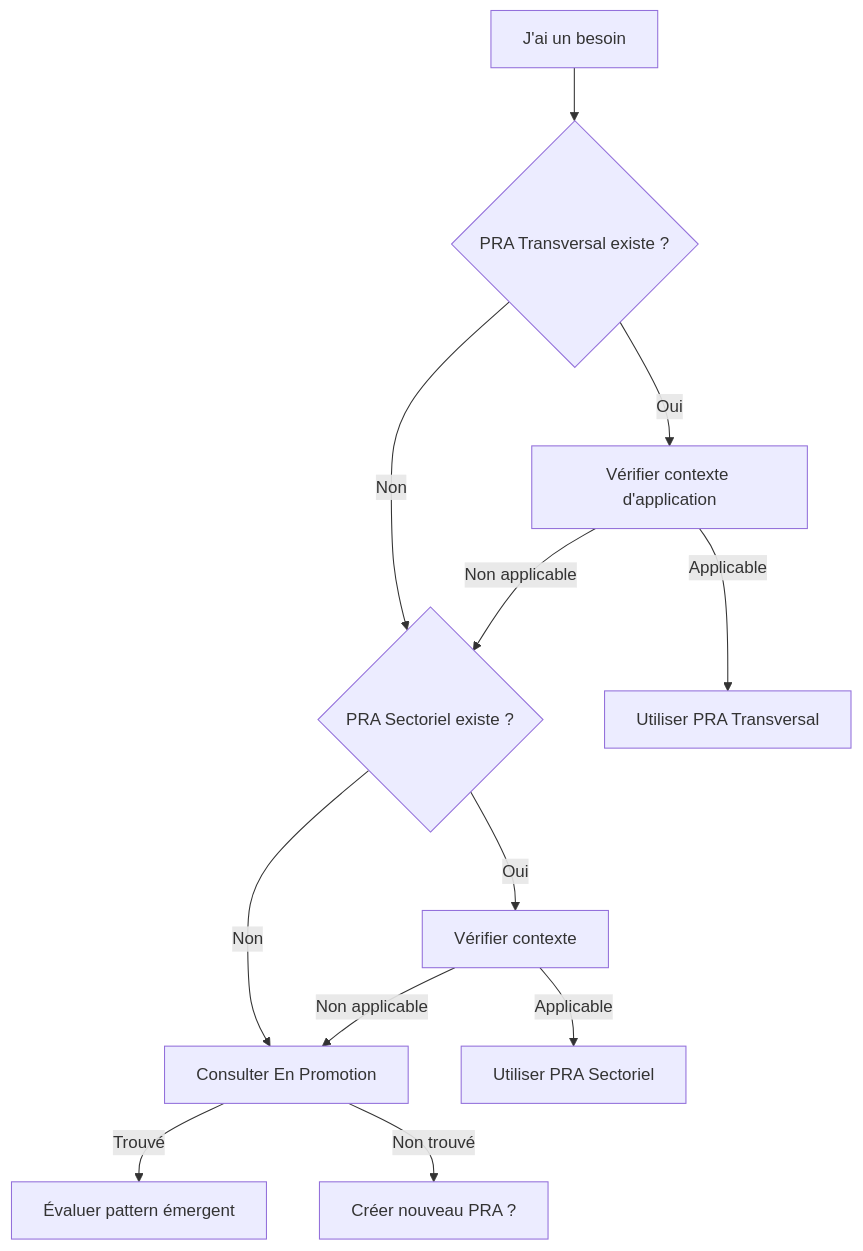
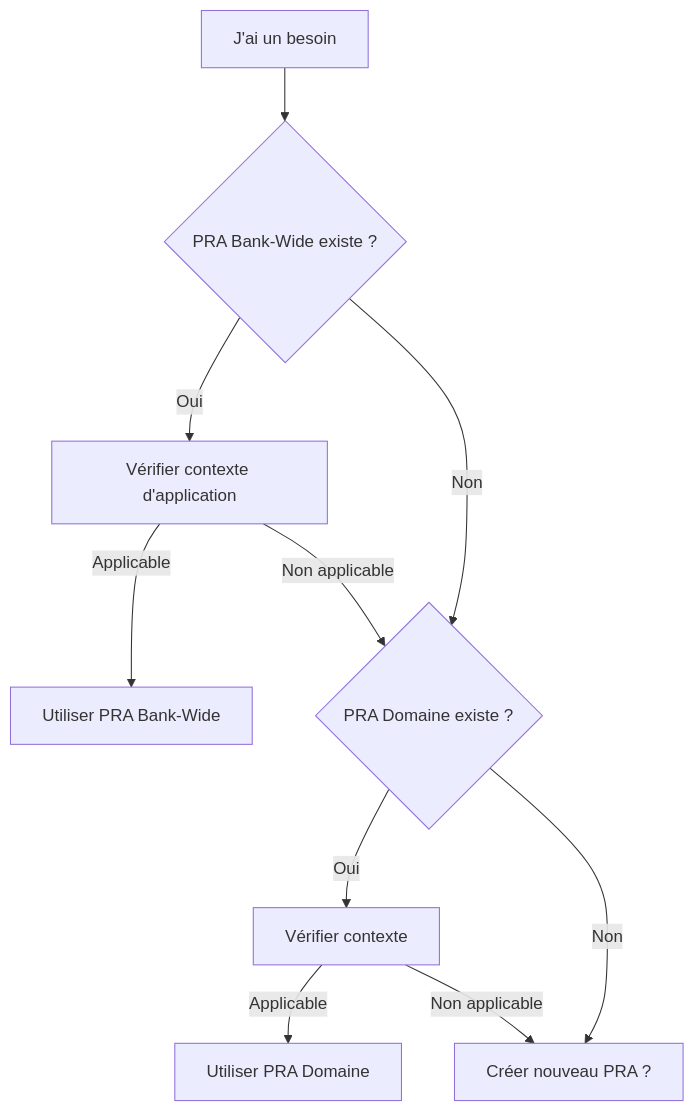
The sixth of 6 diagrams in site/content/fr/guides/02-understanding-pra.md (KiyaliHQ/proven-reusable-architecture), drawn with Mermaid before and after one commit. The commit also changed other lines of this file and 1 other file, not shown here.

First line of the commit message:
fix: guide 02 (FR + EN) - correct terminology and remove 'En Promotion' section

````diff
--- a/site/content/fr/guides/02-understanding-pra.md
+++ b/site/content/fr/guides/02-understanding-pra.md
@@ -230,18 +210,15 @@
 ```mermaid
 graph TD
-    A[J'ai un besoin] --> B{PRA Transversal existe ?}
+    A[J'ai un besoin] --> B{PRA Bank-Wide existe ?}
     B -->|Oui| C[Vérifier contexte d'application]
-    B -->|Non| D{PRA Sectoriel existe ?}
+    B -->|Non| D{PRA Domaine existe ?}
 
-    C -->|Applicable| E[Utiliser PRA Transversal]
+    C -->|Applicable| E[Utiliser PRA Bank-Wide]
     C -->|Non applicable| D
 
     D -->|Oui| F[Vérifier contexte]
-    D -->|Non| G[Consulter En Promotion]
+    D -->|Non| G[Créer nouveau PRA ?]
 
-    F -->|Applicable| H[Utiliser PRA Sectoriel]
+    F -->|Applicable| H[Utiliser PRA Domaine]
     F -->|Non applicable| G
-
-    G -->|Trouvé| I[Évaluer pattern émergent]
-    G -->|Non trouvé| J[Créer nouveau PRA ?]
 ```
````
